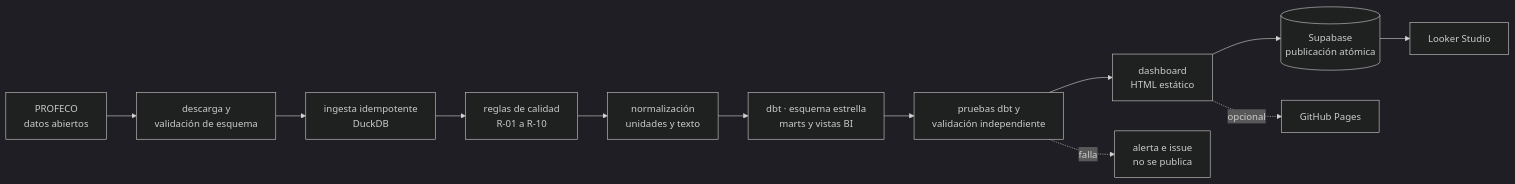
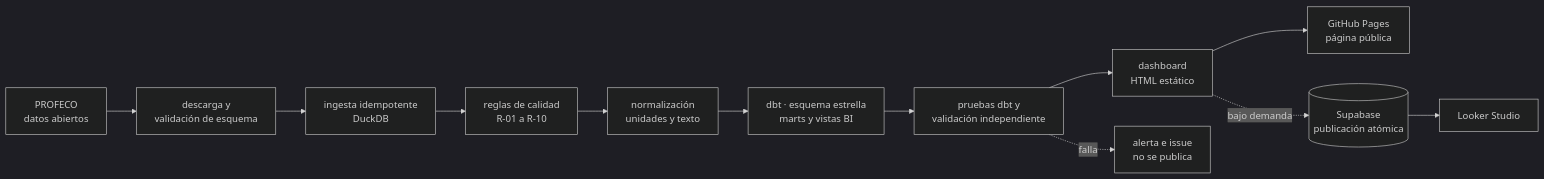
The diagram in README.md (isaacmartinez23/analisis_profeco), drawn with Mermaid (dark theme) before and after one commit. The commit also changed other lines of this file and 7 other files, not shown here.

First line of the commit message:
Publicación en Supabase bajo demanda; Pages sirve el dashboard (D-041)

````diff
--- a/README.md
+++ b/README.md
@@ -41,14 +43,14 @@
 ```mermaid
 flowchart LR
     P[PROFECO<br/>datos abiertos] --> D[descarga y<br/>validación de esquema]
     D --> I[ingesta idempotente<br/>DuckDB]
     I --> Q[reglas de calidad<br/>R-01 a R-10]
     Q --> N[normalización<br/>unidades y texto]
     N --> M[dbt · esquema estrella<br/>marts y vistas BI]
     M --> V[pruebas dbt y<br/>validación independiente]
     V --> H[dashboard<br/>HTML estático]
-    H --> S[(Supabase<br/>publicación atómica)]
+    H --> G[GitHub Pages<br/>página pública]
+    H -.bajo demanda.-> S[(Supabase<br/>publicación atómica)]
     S --> L[Looker Studio]
-    H -.opcional.-> G[GitHub Pages]
     V -.falla.-> A[alerta e issue<br/>no se publica]
 ```
````
